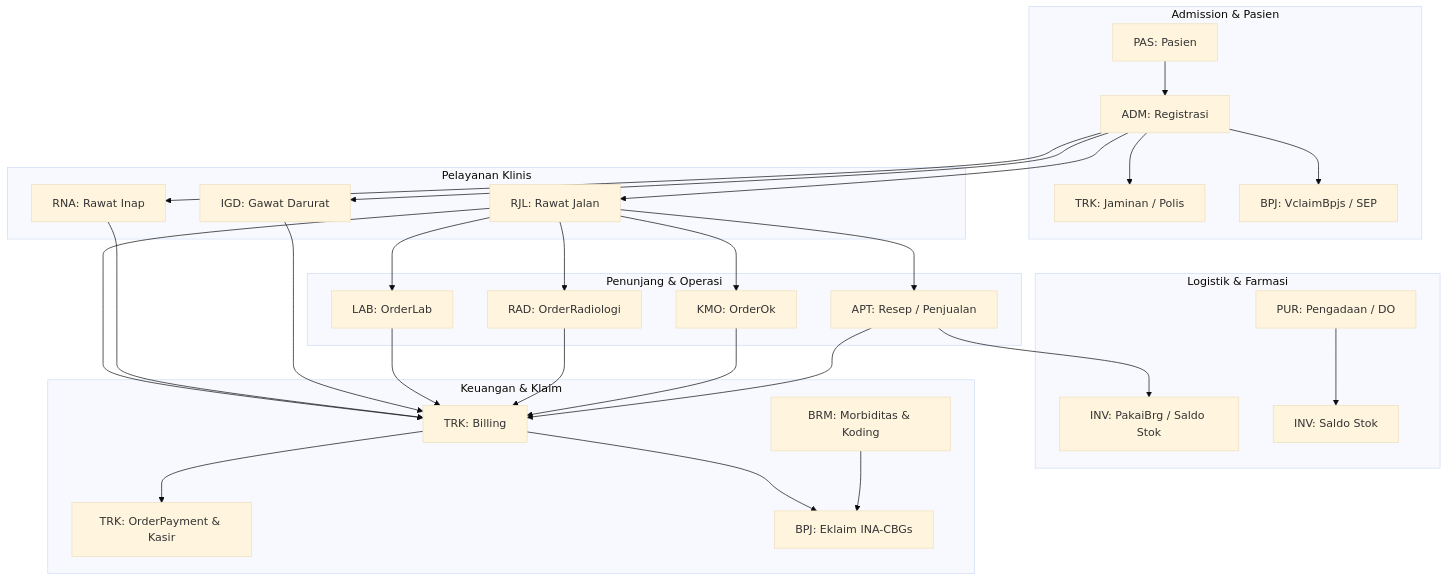
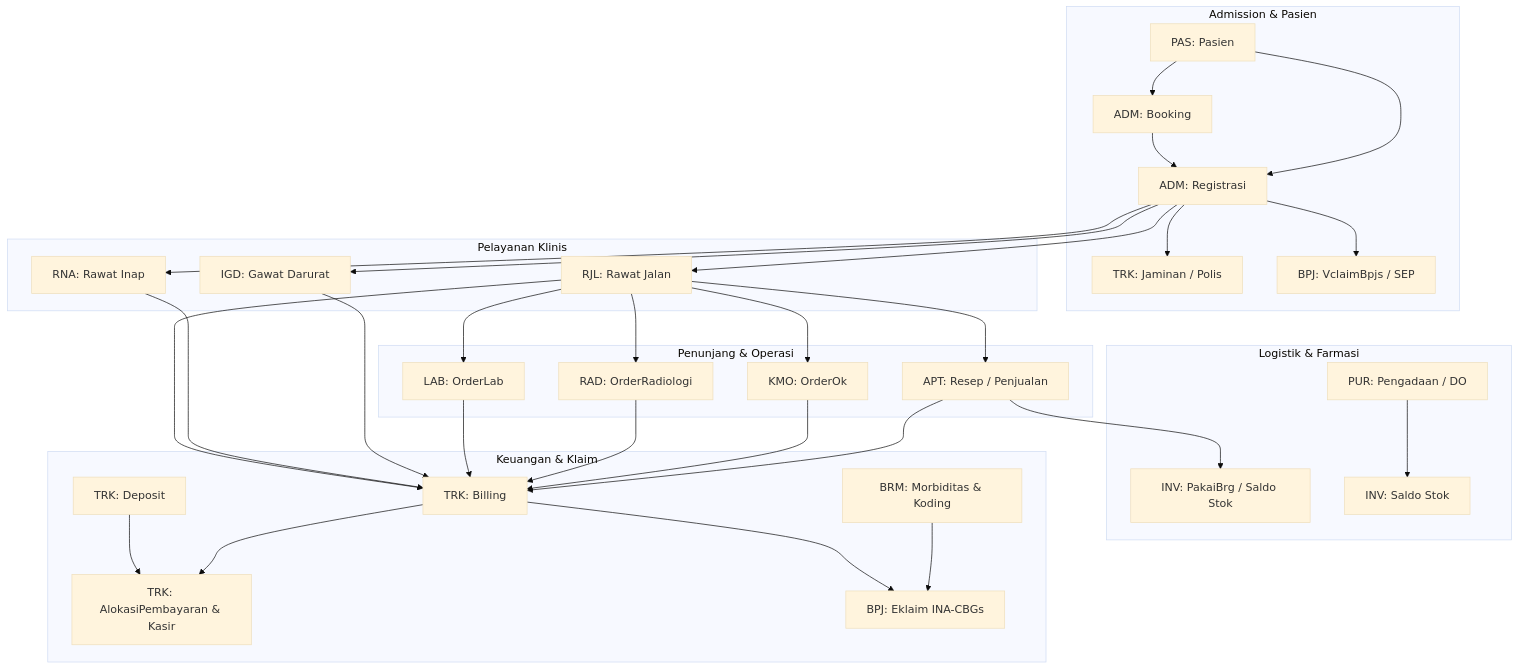
Before and after one commit to smart-ics/b21-myhosweb-system: the diagram in outcomes/outcome-capability-domain-v2.md, drawn with Mermaid (base theme). The commit also changed other lines of this file and 4 other files, not shown here.

````diff
--- a/outcomes/outcome-capability-domain-v2.md
+++ b/outcomes/outcome-capability-domain-v2.md
@@ -156,39 +159,42 @@
 ```mermaid
 flowchart TD
     subgraph Admission & Pasien
-        P[PAS: Pasien] --> ADM_REG[ADM: Registrasi]
+        P[PAS: Pasien] --> ADM_BOK[ADM: Booking]
+        ADM_BOK --> ADM_REG[ADM: Registrasi]
+        P --> ADM_REG
         ADM_REG --> TRK_JAM[TRK: Jaminan / Polis]
         ADM_REG --> BPJ_VCL[BPJ: VclaimBpjs / SEP]
     end
 
     subgraph Pelayanan Klinis
         ADM_REG --> RJL[RJL: Rawat Jalan]
         ADM_REG --> RNA[RNA: Rawat Inap]
         ADM_REG --> IGD[IGD: Gawat Darurat]
     end
 
     subgraph Penunjang & Operasi
         RJL --> LAB[LAB: OrderLab]
         RJL --> RAD[RAD: OrderRadiologi]
         RJL --> KMO[KMO: OrderOk]
         RJL --> APT[APT: Resep / Penjualan]
     end
 
     subgraph Logistik & Farmasi
         APT --> INV_PAKAI[INV: PakaiBrg / Saldo Stok]
         PUR[PUR: Pengadaan / DO] --> INV_STOK[INV: Saldo Stok]
     end
 
     subgraph Keuangan & Klaim
         RJL --> TRK_BILL[TRK: Billing]
         RNA --> TRK_BILL
         IGD --> TRK_BILL
         LAB --> TRK_BILL
         RAD --> TRK_BILL
         KMO --> TRK_BILL
         APT --> TRK_BILL
-        TRK_BILL --> TRK_PAY[TRK: OrderPayment & Kasir]
+        TRK_DEP[TRK: Deposit] --> TRK_PAY[TRK: AlokasiPembayaran & Kasir]
+        TRK_BILL --> TRK_PAY
         TRK_BILL --> BPJ_EKL[BPJ: Eklaim INA-CBGs]
         BRM[BRM: Morbiditas & Koding] --> BPJ_EKL
     end
 ```
````
